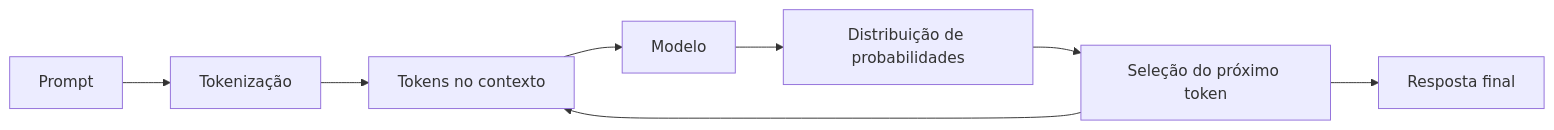
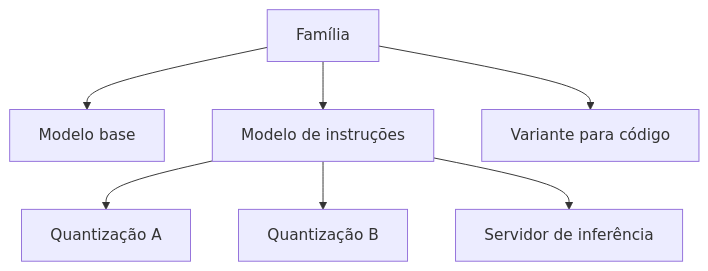
Before and after one commit to luciano-alexandre/topicos-avancados: the second of 7 diagrams in docs/encontros/encontro-04.md, drawn with Mermaid. The commit also changed other lines of this file and 43 other files, not shown here.

````diff
--- a/docs/encontros/encontro-04.md
+++ b/docs/encontros/encontro-04.md
@@ -50,10 +148,9 @@
 ```mermaid
-flowchart LR
-    P[Prompt] --> T[Tokenização]
-    T --> C[Tokens no contexto]
-    C --> M[Modelo]
-    M --> D[Distribuição de probabilidades]
-    D --> S[Seleção do próximo token]
-    S --> C
-    S --> R[Resposta final]
+flowchart TD
+    F[Família] --> B[Modelo base]
+    F --> I[Modelo de instruções]
+    F --> C[Variante para código]
+    I --> Q1[Quantização A]
+    I --> Q2[Quantização B]
+    I --> S[Servidor de inferência]
 ```
````
